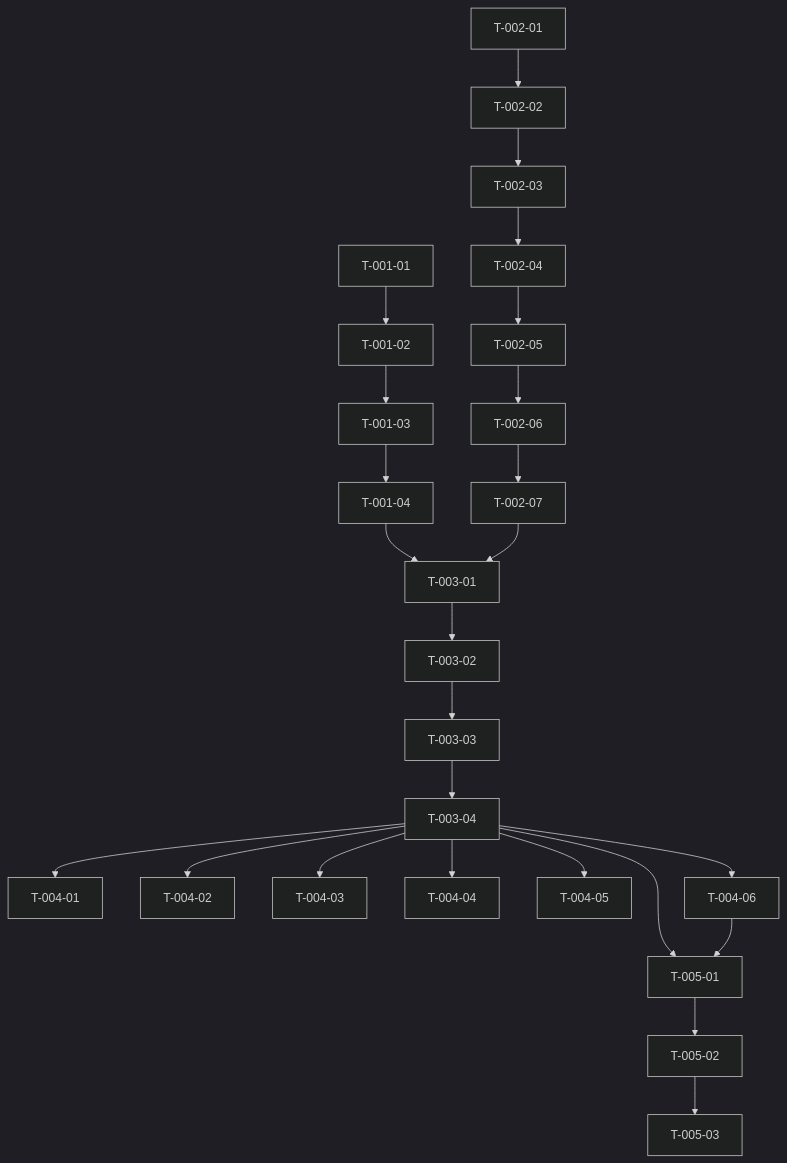
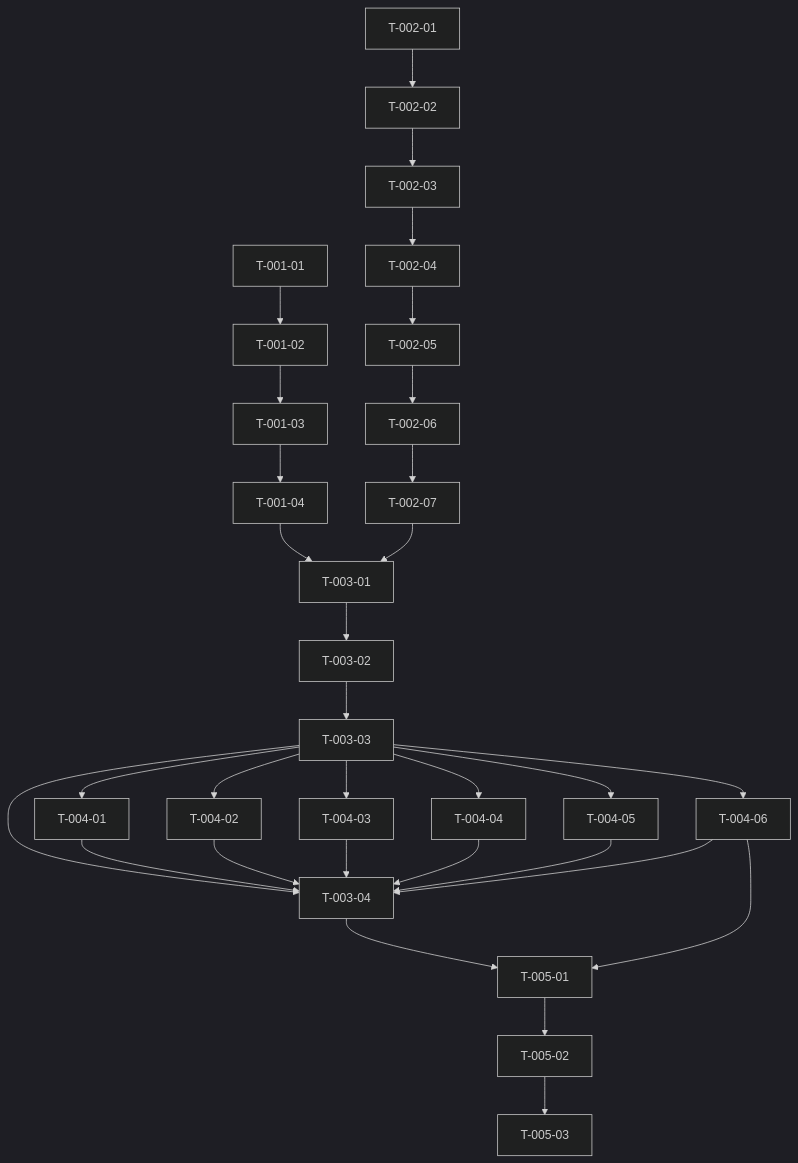
Before and after one commit to GitCmurf/AIDHA: the diagram in docs/05-planning/tasks/task-002-mvp-completion.md, drawn with Mermaid (dark theme). The commit also changed other lines of this file and 16 other files, not shown here.

````diff
--- a/docs/05-planning/tasks/task-002-mvp-completion.md
+++ b/docs/05-planning/tasks/task-002-mvp-completion.md
@@ -392,27 +395,33 @@
 ```mermaid
 graph TD
     A[T-001-01] --> B[T-001-02]
     B --> C[T-001-03]
     C --> D[T-001-04]
     E[T-002-01] --> F[T-002-02]
     F --> G[T-002-03]
     G --> H[T-002-04]
     H --> I[T-002-05]
     I --> J[T-002-06]
     J --> K[T-002-07]
     D --> L[T-003-01]
     K --> L
     L --> M[T-003-02]
     M --> N[T-003-03]
     N --> O[T-003-04]
-    O --> P[T-004-01]
-    O --> Q[T-004-02]
-    O --> R[T-004-03]
-    O --> S[T-004-04]
-    O --> T[T-004-05]
-    O --> U[T-004-06]
+    N --> P[T-004-01]
+    N --> Q[T-004-02]
+    N --> R[T-004-03]
+    N --> S[T-004-04]
+    N --> T[T-004-05]
+    N --> U[T-004-06]
+    P --> O
+    Q --> O
+    R --> O
+    S --> O
+    T --> O
+    U --> O
     O --> V[T-005-01]
     U --> V
     V --> W[T-005-02]
     W --> X[T-005-03]
 ```
````
